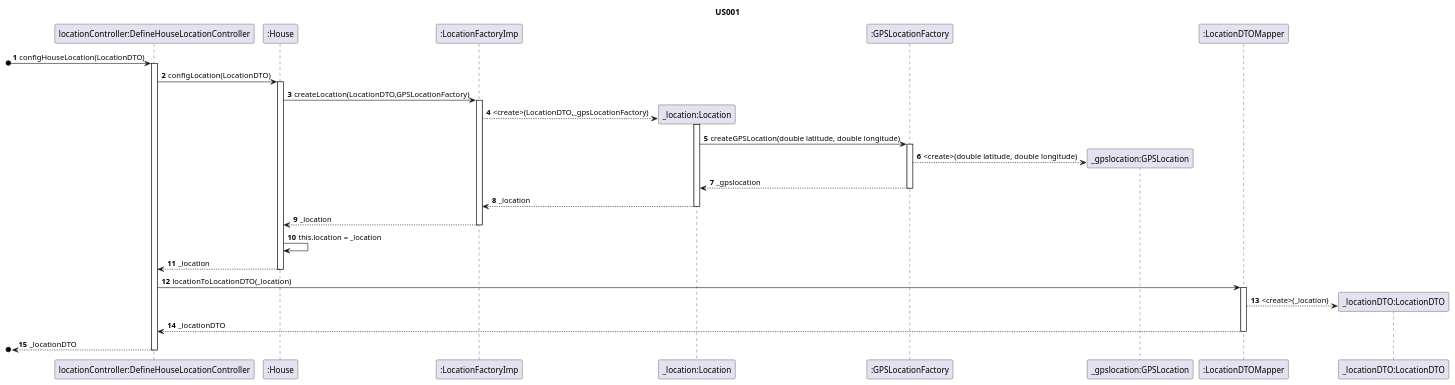
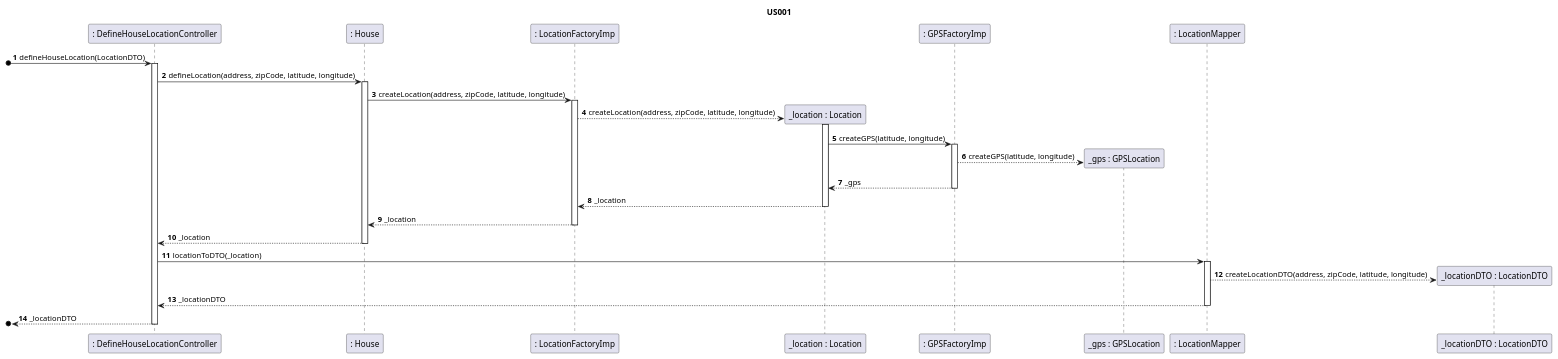
One commit to ozepedrorodrigues/projetoIntermedio changed the diagram in projetoIntermedio/docs/sequence/UserStory001.puml. Above: the diagram before and after it, drawn with PlantUML.

Commit message:
us01 sequence

```diff
--- a/projetoIntermedio/docs/sequence/UserStory001.puml
+++ b/projetoIntermedio/docs/sequence/UserStory001.puml
@@ -1,39 +1,39 @@
 @startuml
 
 autonumber
 
 title US001
 
 /'
 As an Administrator, I want to configure the location of the house.
 '/
 
-[o-> "locationController:DefineHouseLocationController" : configHouseLocation(LocationDTO)
-activate "locationController:DefineHouseLocationController"
-"locationController:DefineHouseLocationController" -> ":House": configLocation(LocationDTO)
-activate ":House"
-":House" -> ":LocationFactoryImp": createLocation(LocationDTO,GPSLocationFactory)
-activate ":LocationFactoryImp"
-":LocationFactoryImp" -->"_location:Location"** : <create>(LocationDTO,_gpsLocationFactory)
-activate "_location:Location"
-"_location:Location" ->":GPSLocationFactory" : createGPSLocation(double latitude, double longitude)
-activate ":GPSLocationFactory"
-":GPSLocationFactory" -->"_gpslocation:GPSLocation"** : <create>(double latitude, double longitude)
-":GPSLocationFactory" -->"_location:Location" : _gpslocation
-deactivate ":GPSLocationFactory"
-"_location:Location" -->":LocationFactoryImp" : _location
-deactivate "_location:Location"
-":LocationFactoryImp" -->":House" : _location
-deactivate ":LocationFactoryImp"
-":House" -> ":House" : this.location = _location
-":House" -->"locationController:DefineHouseLocationController" : _location
-deactivate ":House"
-"locationController:DefineHouseLocationController" ->":LocationDTOMapper" : locationToLocationDTO(_location)
-activate ":LocationDTOMapper"
-":LocationDTOMapper" -->"_locationDTO:LocationDTO"** : <create>(_location)
-":LocationDTOMapper" -->"locationController:DefineHouseLocationController" : _locationDTO
-deactivate ":LocationDTOMapper"
-[o<--"locationController:DefineHouseLocationController" : _locationDTO
-deactivate "locationController:DefineHouseLocationController"
+[o-> ": DefineHouseLocationController" : defineHouseLocation(LocationDTO)
+activate ": DefineHouseLocationController"
+": DefineHouseLocationController" -> ": House": defineLocation(address, zipCode, latitude, longitude)
+activate ": House"
+": House" -> ": LocationFactoryImp": createLocation(address, zipCode, latitude, longitude)
+activate ": LocationFactoryImp"
+": LocationFactoryImp" -->"_location : Location"** : createLocation(address, zipCode, latitude, longitude)
+activate "_location : Location"
+"_location : Location" ->": GPSFactoryImp" : createGPS(latitude, longitude)
+activate ": GPSFactoryImp"
+": GPSFactoryImp" -->"_gps : GPSLocation"** : createGPS(latitude, longitude)
+": GPSFactoryImp" -->"_location : Location" : _gps
+deactivate ": GPSFactoryImp"
+"_location : Location" -->": LocationFactoryImp" : _location
+deactivate "_location : Location"
+": LocationFactoryImp" -->": House" : _location
+deactivate ": LocationFactoryImp"
+
+": House" -->": DefineHouseLocationController" : _location
+deactivate ": House"
+": DefineHouseLocationController" ->": LocationMapper" : locationToDTO(_location)
+activate ": LocationMapper"
+": LocationMapper" -->"_locationDTO : LocationDTO"** : createLocationDTO(address, zipCode, latitude, longitude)
+": LocationMapper" -->": DefineHouseLocationController" : _locationDTO
+deactivate ": LocationMapper"
+[o<--": DefineHouseLocationController" : _locationDTO
+deactivate ": DefineHouseLocationController"
 
 @enduml
```
